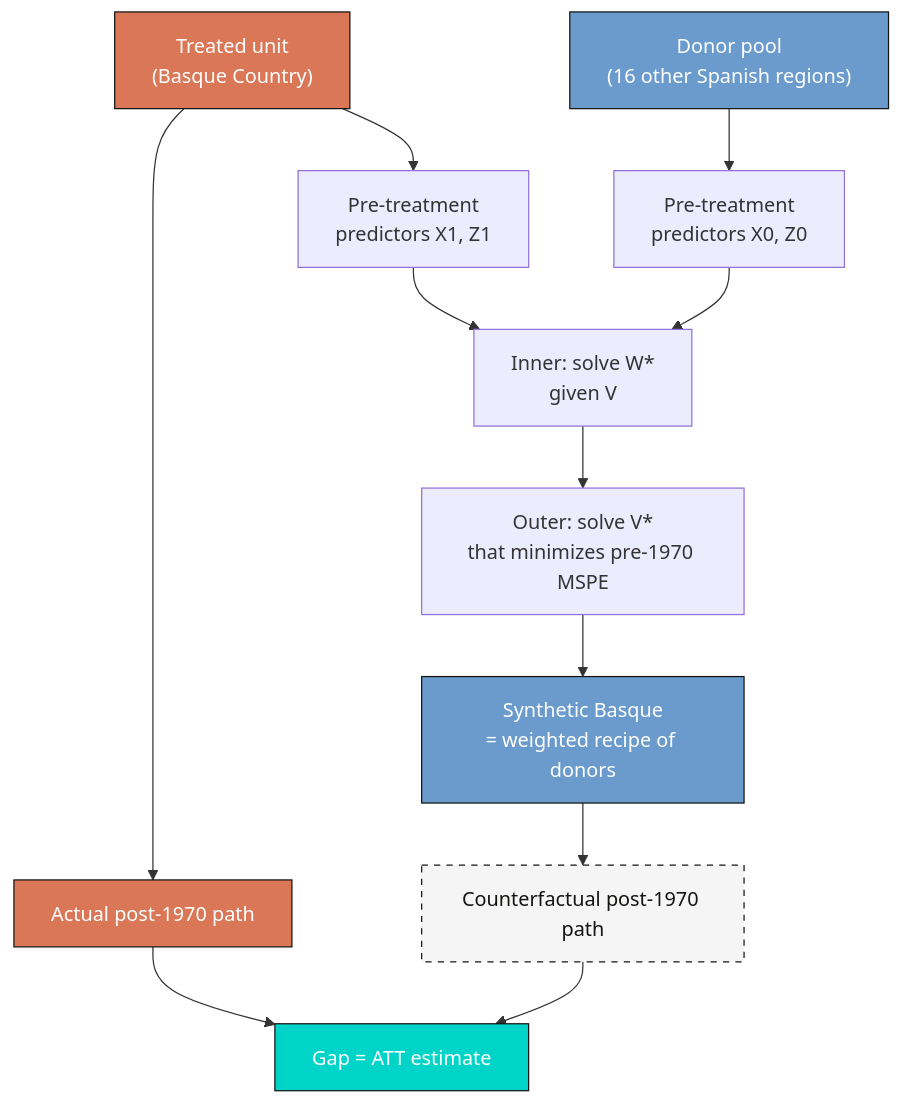
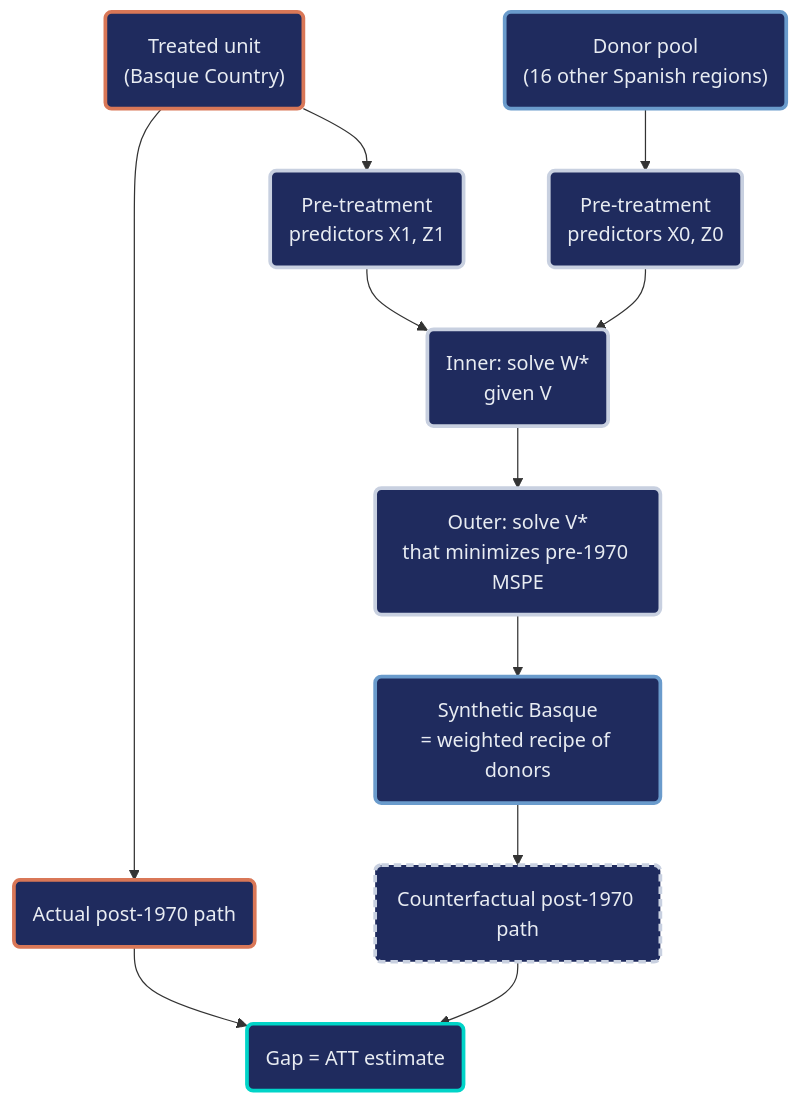
Before and after one commit to cmg777/starter-academic-v501: the diagram in content/post/r_basic_synthetic_control/tutorial.qmd, drawn with Mermaid. The commit also changed other lines of this file and 42 other files, not shown here.

First line of the commit message:
content(mermaid): restyle Mermaid copies in tutorial sources and the LaLonde slide deck

````diff
--- a/content/post/r_basic_synthetic_control/tutorial.qmd
+++ b/content/post/r_basic_synthetic_control/tutorial.qmd
@@ -39,19 +39,23 @@
 ```{mermaid}
 flowchart TD
-    A["Treated unit<br/>(Basque Country)"] --> C["Pre-treatment<br/>predictors X1, Z1"]
-    B["Donor pool<br/>(16 other Spanish regions)"] --> D["Pre-treatment<br/>predictors X0, Z0"]
-    C --> E["Inner: solve W*<br/>given V"]
+    A("Treated unit<br/>(Basque Country)") --> C("Pre-treatment<br/>predictors X1, Z1")
+    B("Donor pool<br/>(16 other Spanish regions)") --> D("Pre-treatment<br/>predictors X0, Z0")
+    C --> E("Inner: solve W*<br/>given V")
     D --> E
-    E --> F["Outer: solve V*<br/>that minimizes pre-1970 MSPE"]
-    F --> G["Synthetic Basque<br/>= weighted recipe of donors"]
-    A --> H["Actual post-1970 path"]
-    G --> I["Counterfactual post-1970 path"]
-    H --> J["Gap = ATT estimate"]
+    E --> F("Outer: solve V*<br/>that minimizes pre-1970 MSPE")
+    F --> G("Synthetic Basque<br/>= weighted recipe of donors")
+    A --> H("Actual post-1970 path")
+    G --> I("Counterfactual post-1970 path")
+    H --> J("Gap = ATT estimate")
     I --> J
-    style A fill:#d97757,stroke:#141413,color:#fff
-    style B fill:#6a9bcc,stroke:#141413,color:#fff
-    style G fill:#6a9bcc,stroke:#141413,color:#fff
-    style H fill:#d97757,stroke:#141413,color:#fff
-    style I fill:#f5f5f5,stroke:#141413,color:#141413,stroke-dasharray:5 5
-    style J fill:#00d4c8,stroke:#141413,color:#fff
+    classDef orange fill:#1f2b5e,stroke:#d97757,stroke-width:3px,color:#e8ecf2
+    classDef gray fill:#1f2b5e,stroke:#c8d0e0,stroke-width:3px,color:#e8ecf2
+    classDef blue fill:#1f2b5e,stroke:#6a9bcc,stroke-width:3px,color:#e8ecf2
+    classDef gray_dash fill:#1f2b5e,stroke:#c8d0e0,stroke-width:3px,color:#e8ecf2,stroke-dasharray:6 4
+    classDef teal fill:#1f2b5e,stroke:#00d4c8,stroke-width:3px,color:#e8ecf2
+    class A,H orange
+    class C,D,E,F gray
+    class B,G blue
+    class I gray_dash
+    class J teal
 ```
````
